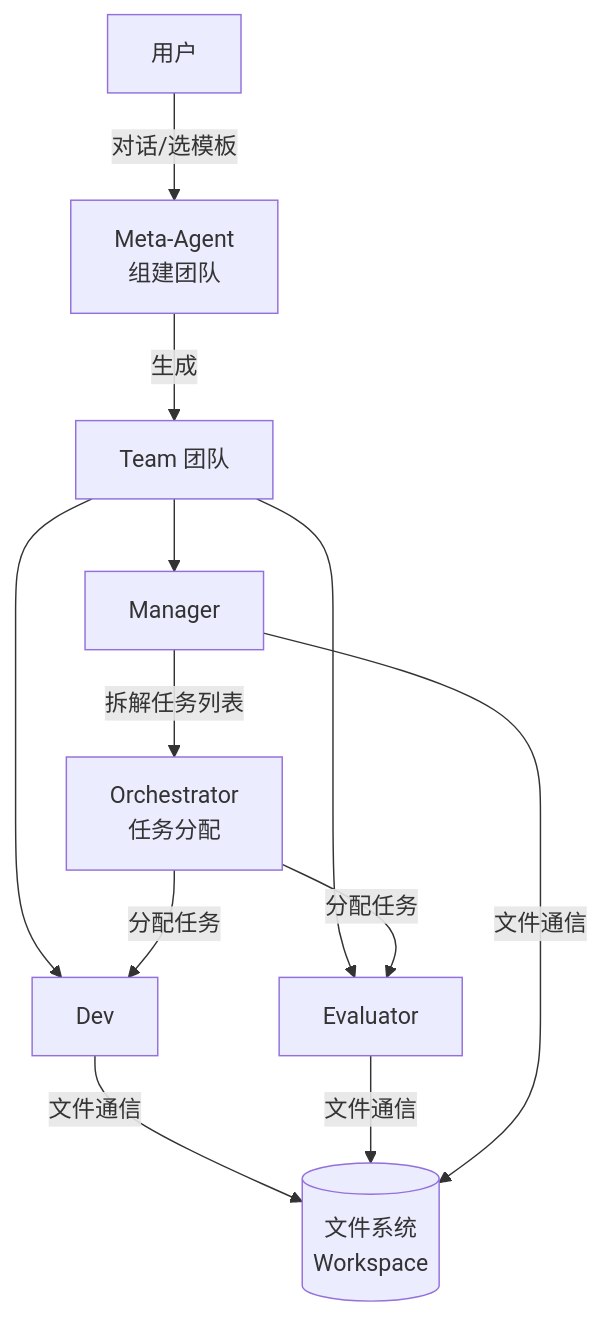
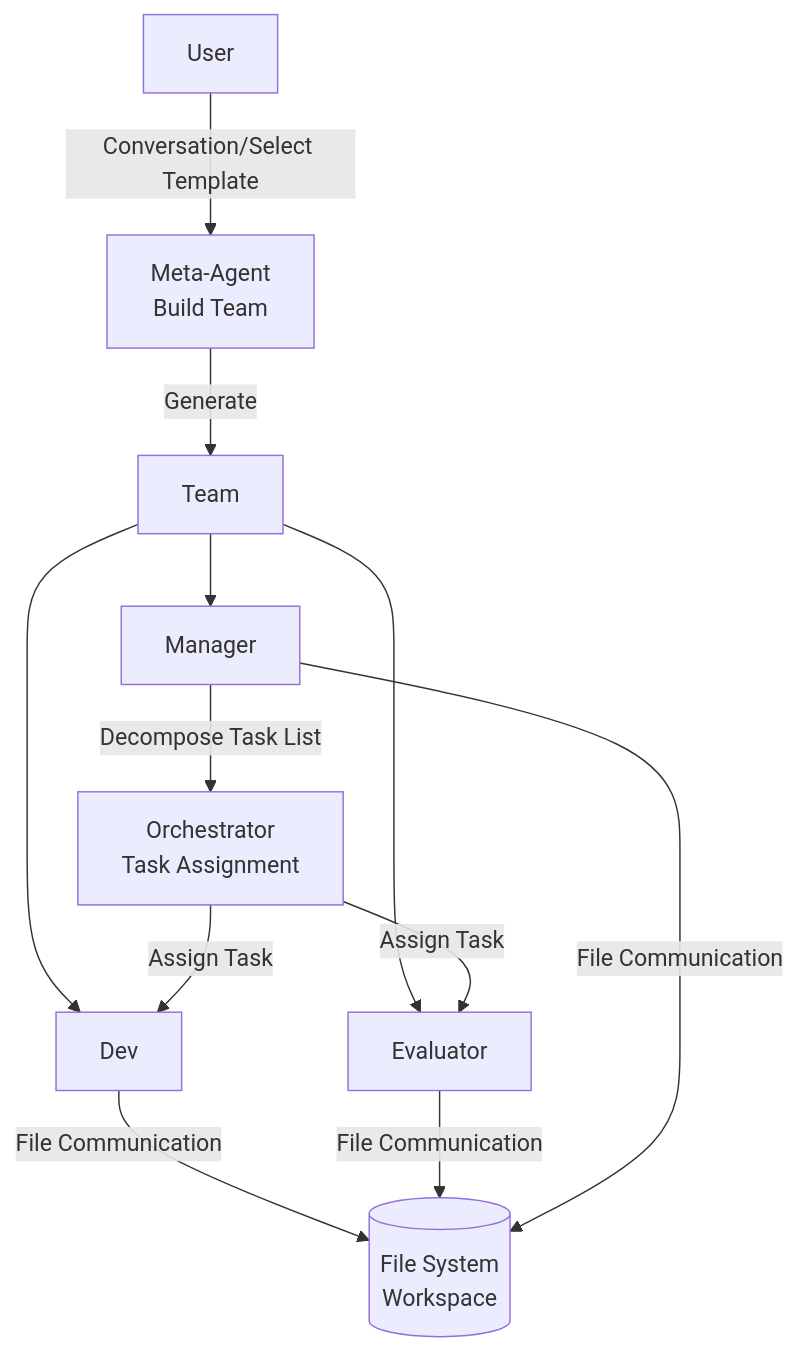
One commit to lchaoer/Polygents changed the first of 10 diagrams in docs/design.md. Above: the diagram before and after it, drawn with Mermaid. The commit also changed other lines of this file and 4 other files, not shown here.

````diff
--- a/docs/design.md
+++ b/docs/design.md
@@ -37,14 +37,14 @@
 ```mermaid
 graph TB
-    U[用户] -->|对话/选模板| MA[Meta-Agent<br/>组建团队]
-    MA -->|生成| T[Team 团队]
+    U[User] -->|Conversation/Select Template| MA[Meta-Agent<br/>Build Team]
+    MA -->|Generate| T[Team]
     T --> A1[Manager]
     T --> A2[Dev]
     T --> A3[Evaluator]
-    O[Orchestrator<br/>任务分配] -->|分配任务| A2
-    O -->|分配任务| A3
-    A1 -->|拆解任务列表| O
-    A2 -->|文件通信| FS[(文件系统<br/>Workspace)]
-    A3 -->|文件通信| FS
-    A1 -->|文件通信| FS
+    O[Orchestrator<br/>Task Assignment] -->|Assign Task| A2
+    O -->|Assign Task| A3
+    A1 -->|Decompose Task List| O
+    A2 -->|File Communication| FS[(File System<br/>Workspace)]
+    A3 -->|File Communication| FS
+    A1 -->|File Communication| FS
 ```
````
